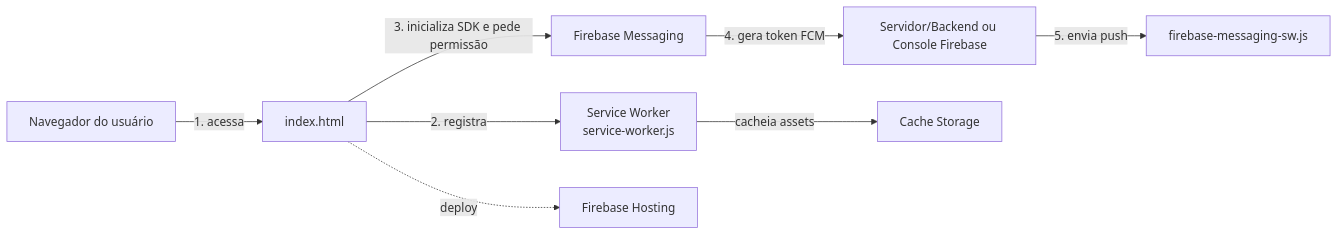
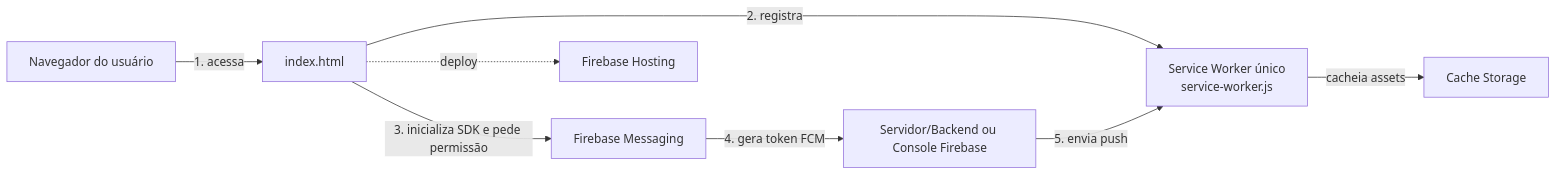
One commit to sandroaf/dwtsp changed the first of 3 diagrams in docs/aula-pwa-firebase-push.md. Above: the diagram before and after it, drawn with Mermaid. The commit also changed other lines of this file and 3 other files, not shown here.

````diff
--- a/docs/aula-pwa-firebase-push.md
+++ b/docs/aula-pwa-firebase-push.md
@@ -15,10 +15,10 @@
 ```mermaid
 flowchart LR
     A[Navegador do usuário] -->|1. acessa| B[index.html]
-    B -->|2. registra| C[Service Worker\nservice-worker.js]
+    B -->|2. registra| C[Service Worker único\nservice-worker.js]
     B -->|3. inicializa SDK e pede permissão| D[Firebase Messaging]
     D -->|4. gera token FCM| E[Servidor/Backend ou Console Firebase]
-    E -->|5. envia push| C2[firebase-messaging-sw.js]
+    E -->|5. envia push| C
     C -->|cacheia assets| F[Cache Storage]
     B -.->|deploy| G[Firebase Hosting]
 ```
````
